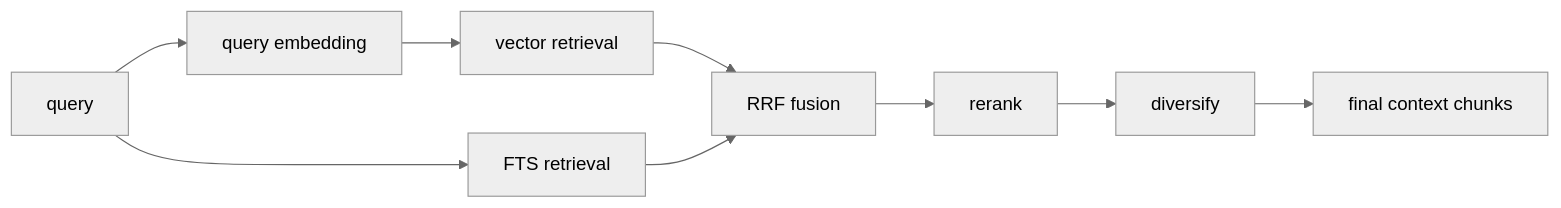
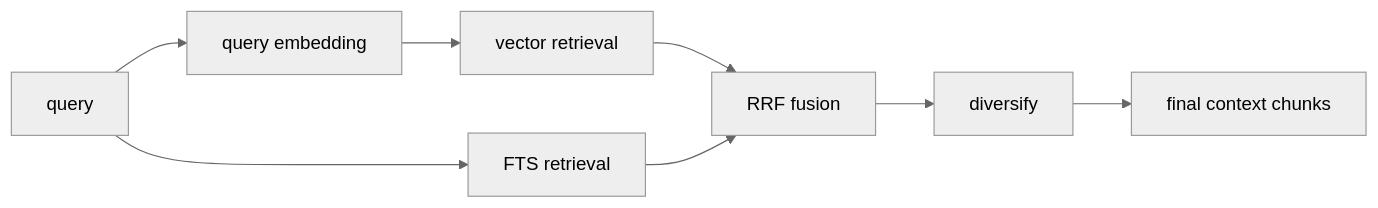
One commit to romankurakin/sova changed the second of 2 diagrams in README.md. Above: the diagram before and after it, drawn with Mermaid (neutral theme). The commit also changed other lines of this file and 25 other files, not shown here.

````diff
--- a/README.md
+++ b/README.md
@@ -42,11 +42,10 @@
 ```mermaid
 flowchart LR
     Q["query"] --> QE["query embedding"]
     QE --> VC["vector retrieval"]
     Q --> FC["FTS retrieval"]
     VC --> RRF["RRF fusion"]
     FC --> RRF
-    RRF --> RR["rerank"]
-    RR --> DV["diversify"]
+    RRF --> DV["diversify"]
     DV --> OUT["final context chunks"]
 ```
````
